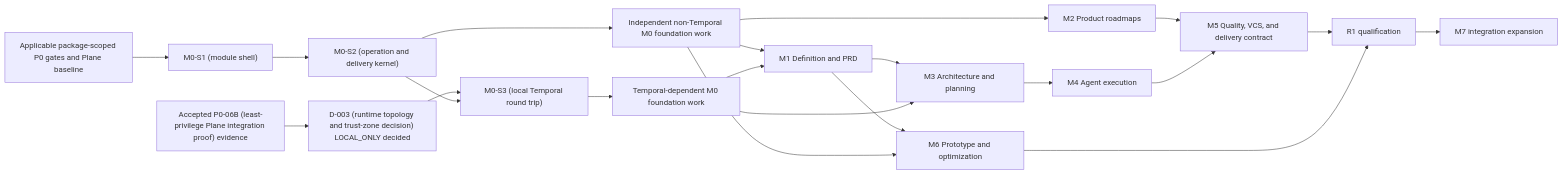
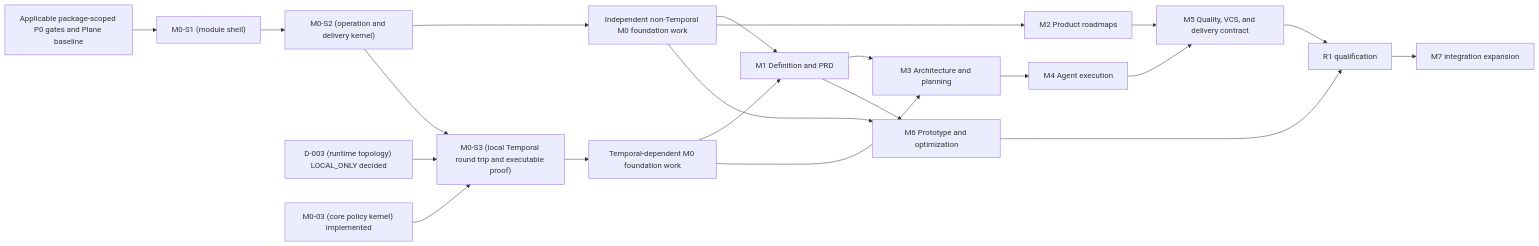
Before and after one commit to faocampo/curve: the diagram in docs/technical/development-plan.md, drawn with Mermaid. The commit also changed other lines of this file and 24 other files, not shown here.

Commit message:
docs(curve): decide D-003 local topology (#13)

````diff
--- a/docs/technical/development-plan.md
+++ b/docs/technical/development-plan.md
@@ -44,23 +44,23 @@
 ```mermaid
 flowchart LR
     foundation["Applicable package-scoped P0 gates and Plane baseline"] --> s1["M0-S1 (module shell)"]
     s1 --> s2["M0-S2 (operation and delivery kernel)"]
     s2 --> m0_independent["Independent non-Temporal M0 foundation work"]
-    p006b["Accepted P0-06B (least-privilege Plane integration proof) evidence"] --> d003["D-003 (runtime topology and trust-zone decision) LOCAL_ONLY decided"]
-    d003 --> s3["M0-S3 (local Temporal round trip)"]
+    d003["D-003 (runtime topology) LOCAL_ONLY decided"] --> s3["M0-S3 (local Temporal round trip and executable proof)"]
+    policy["M0-03 (core policy kernel) implemented"] --> s3
     s2 --> s3
     s3 --> m0_temporal["Temporal-dependent M0 foundation work"]
     m0_independent --> m1["M1 Definition and PRD"]
     m0_temporal --> m1
     m0_independent --> m2["M2 Product roadmaps"]
     m1 --> m3["M3 Architecture and planning"]
     m0_temporal --> m3
     m3 --> m4["M4 Agent execution"]
     m2 --> m5["M5 Quality, VCS, and delivery contract"]
     m4 --> m5
     m1 --> m6["M6 Prototype and optimization"]
     m0_independent --> m6
     m5 --> r1["R1 qualification"]
     m6 --> r1
     r1 --> m7["M7 integration expansion"]
 ```
````
